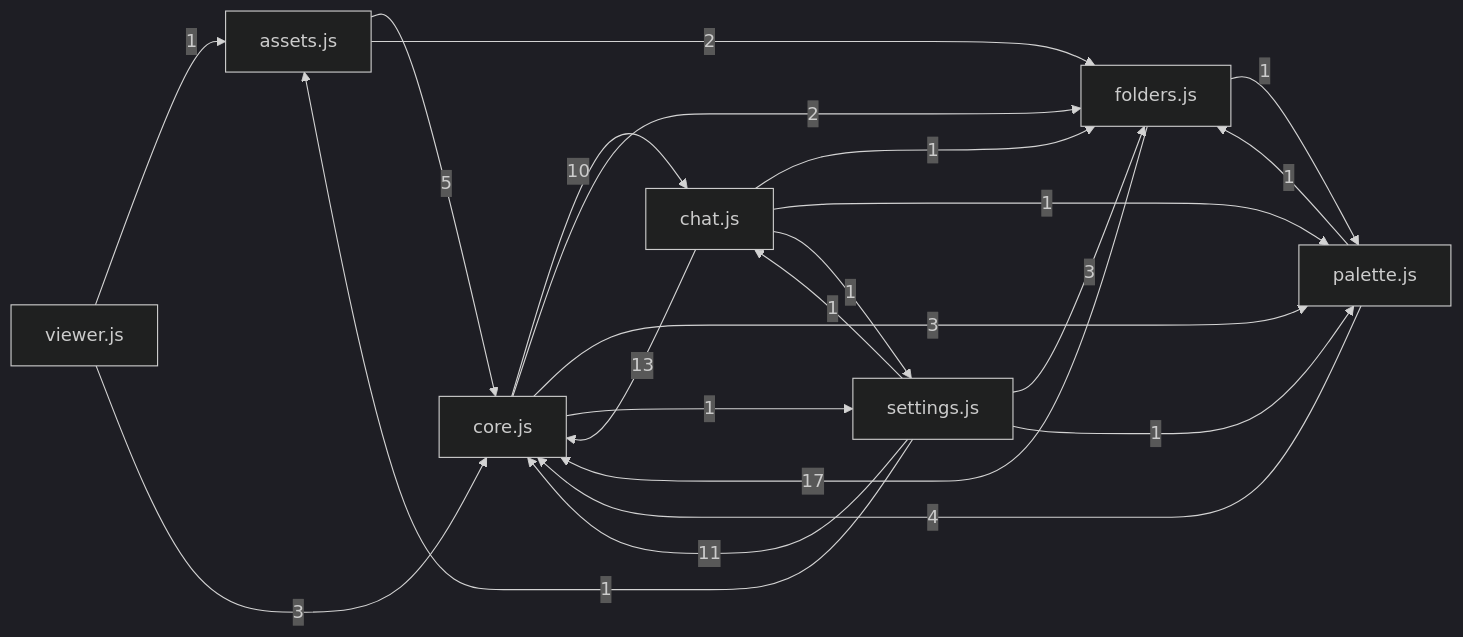
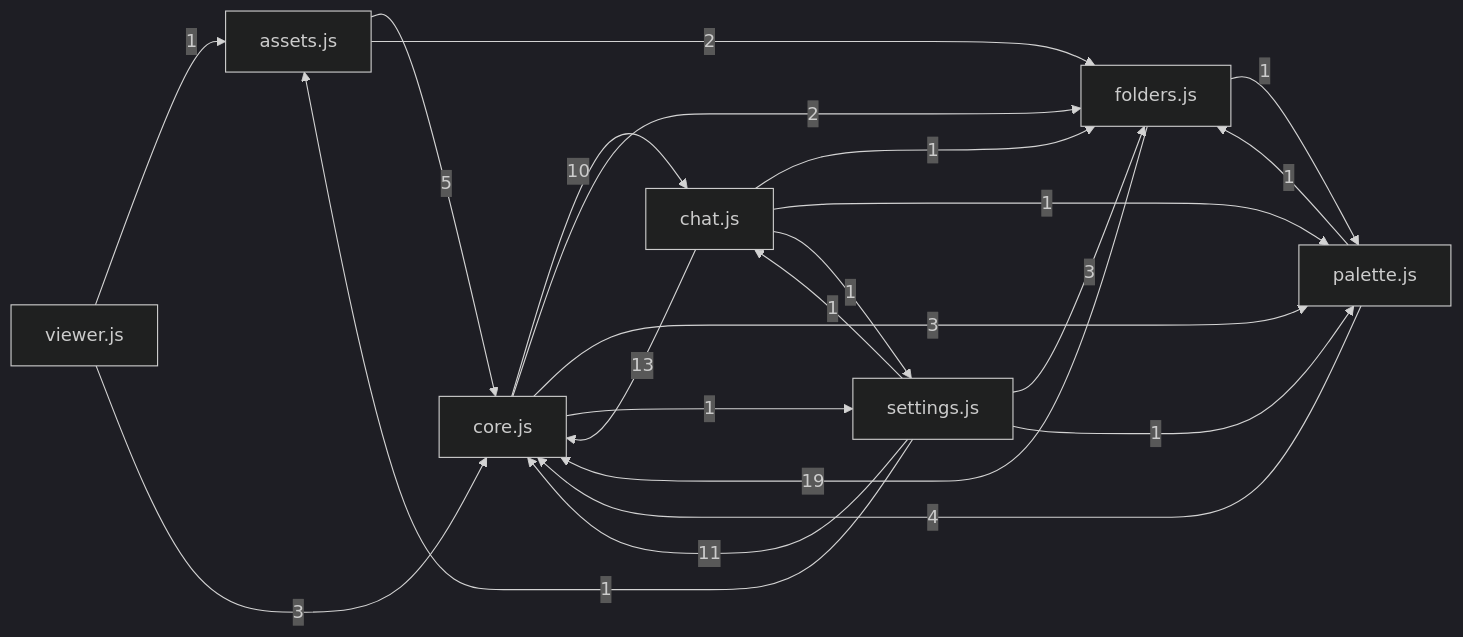
One commit to Zenginby/kromis changed the diagram in docs/graflar/onyuz.md. Above: the diagram before and after it, drawn with Mermaid (dark theme). The commit also changed other lines of this file and 18 other files, not shown here.

````diff
--- a/docs/graflar/onyuz.md
+++ b/docs/graflar/onyuz.md
@@ -23,24 +23,24 @@
 ```mermaid
 flowchart LR
   n_assets_js["assets.js"] -->|5| n_core_js["core.js"]
   n_assets_js["assets.js"] -->|2| n_folders_js["folders.js"]
   n_chat_js["chat.js"] -->|13| n_core_js["core.js"]
   n_chat_js["chat.js"] -->|1| n_folders_js["folders.js"]
   n_chat_js["chat.js"] -->|1| n_palette_js["palette.js"]
   n_chat_js["chat.js"] -->|1| n_settings_js["settings.js"]
   n_core_js["core.js"] -->|10| n_chat_js["chat.js"]
   n_core_js["core.js"] -->|2| n_folders_js["folders.js"]
   n_core_js["core.js"] -->|3| n_palette_js["palette.js"]
   n_core_js["core.js"] -->|1| n_settings_js["settings.js"]
-  n_folders_js["folders.js"] -->|17| n_core_js["core.js"]
+  n_folders_js["folders.js"] -->|19| n_core_js["core.js"]
   n_folders_js["folders.js"] -->|1| n_palette_js["palette.js"]
   n_palette_js["palette.js"] -->|4| n_core_js["core.js"]
   n_palette_js["palette.js"] -->|1| n_folders_js["folders.js"]
   n_settings_js["settings.js"] -->|1| n_assets_js["assets.js"]
   n_settings_js["settings.js"] -->|1| n_chat_js["chat.js"]
   n_settings_js["settings.js"] -->|11| n_core_js["core.js"]
   n_settings_js["settings.js"] -->|3| n_folders_js["folders.js"]
   n_settings_js["settings.js"] -->|1| n_palette_js["palette.js"]
   n_viewer_js["viewer.js"] -->|1| n_assets_js["assets.js"]
   n_viewer_js["viewer.js"] -->|3| n_core_js["core.js"]
 ```
````
